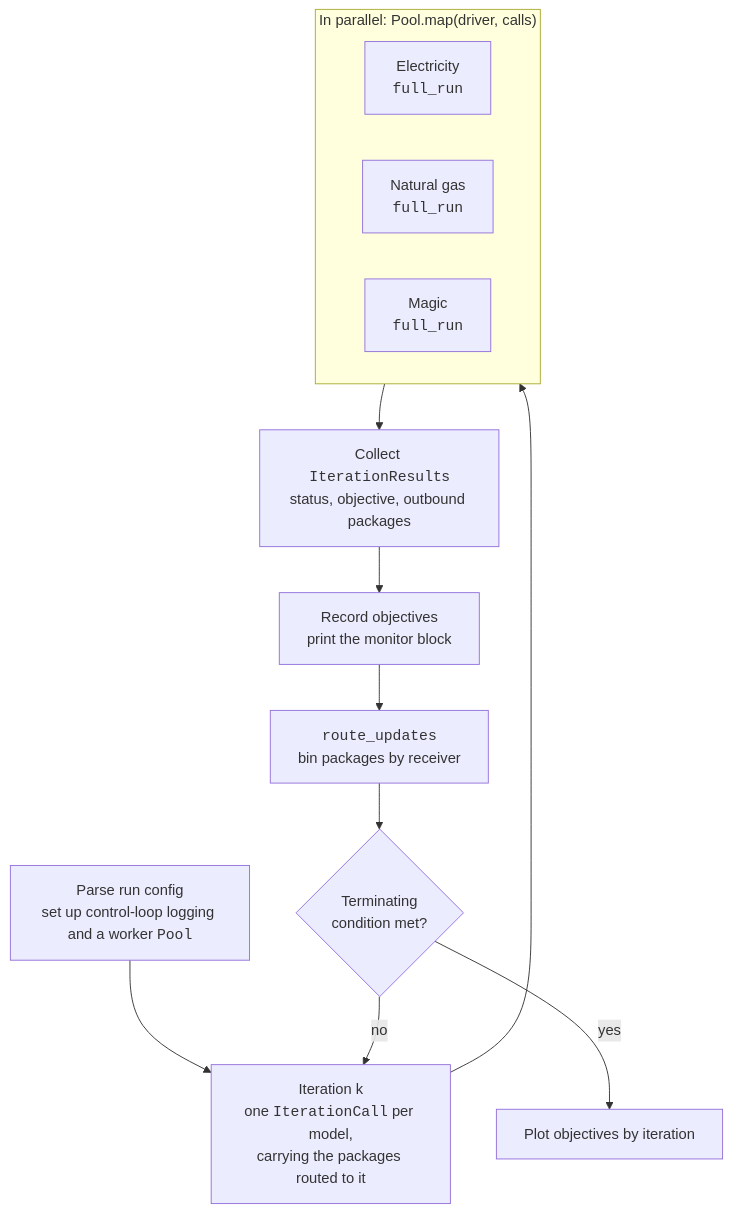
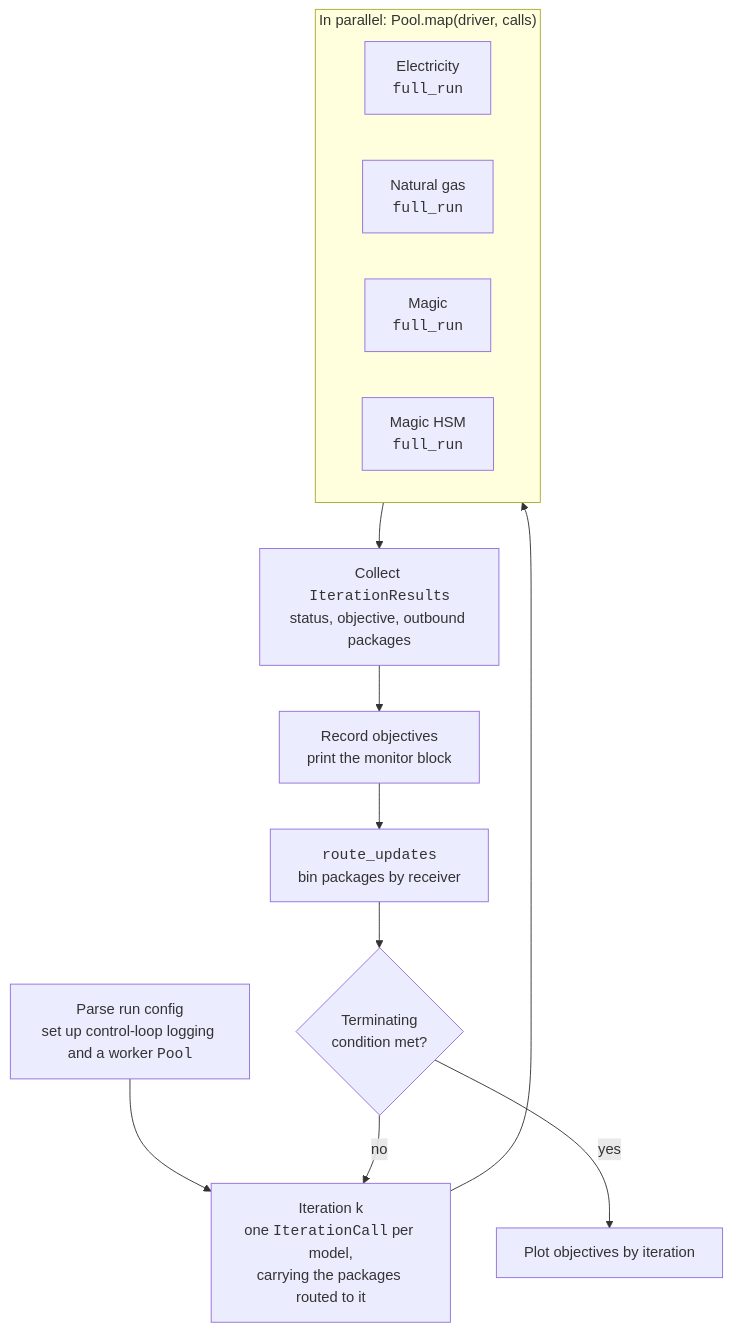
The first of 2 diagrams in docs/run_modes/integrated.md (Community-NEMS/cnems-models), drawn with Mermaid before and after one commit. The commit also changed other lines of this file and 4 other files, not shown here.

First line of the commit message:
Document Magic HSM and its coupling

````diff
--- a/docs/run_modes/integrated.md
+++ b/docs/run_modes/integrated.md
@@ -94,17 +94,18 @@
 ```mermaid
 flowchart TD
     S["Parse run config<br/>set up control-loop logging and a worker <code>Pool</code>"] --> I
     I["Iteration k<br/>one <code>IterationCall</code> per model,<br/>carrying the packages routed to it"] --> P
     subgraph P ["In parallel: Pool.map(driver, calls)"]
         direction LR
         E["Electricity<br/><code>full_run</code>"]
         N["Natural gas<br/><code>full_run</code>"]
         M["Magic<br/><code>full_run</code>"]
+        H["Magic HSM<br/><code>full_run</code>"]
     end
     P --> R["Collect <code>IterationResult</code>s<br/>status, objective, outbound packages"]
     R --> V["Record objectives<br/>print the monitor block"]
     V --> U["<code>route_updates</code><br/>bin packages by receiver"]
     U --> C{"Terminating<br/>condition met?"}
     C -- no --> I
     C -- yes --> Z["Plot objectives by iteration"]
 ```
````
